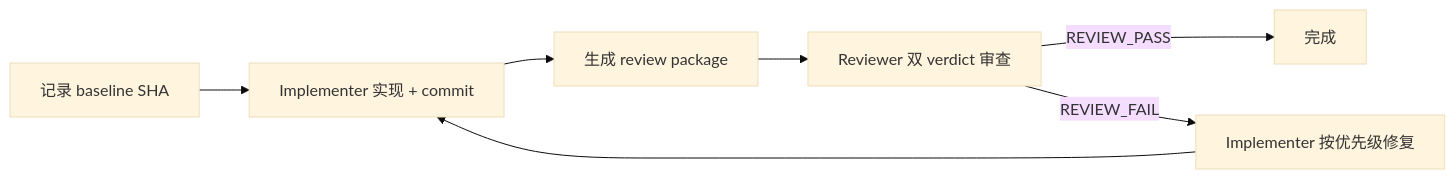
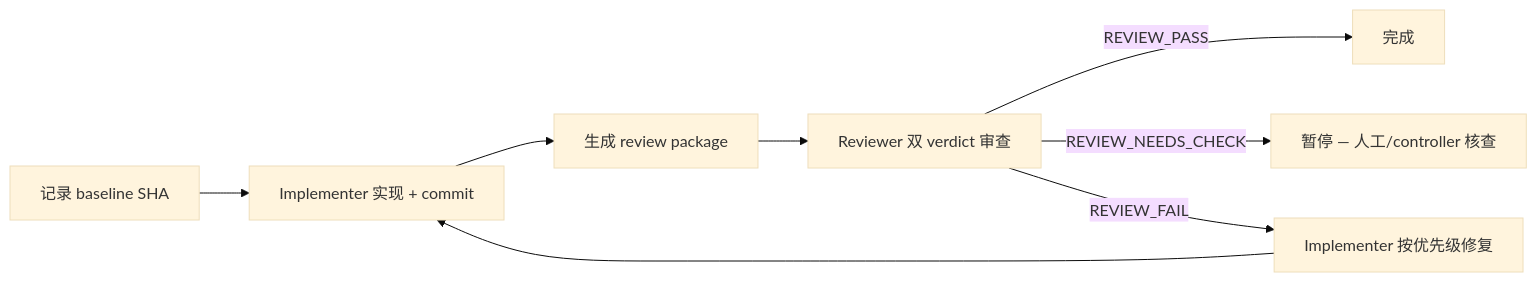
The diagram in README.md (lunoob/mini-orchestrator), drawn with Mermaid (base theme) before and after one commit. The commit also changed other lines of this file and 7 other files, not shown here.

````diff
--- a/README.md
+++ b/README.md
@@ -46,9 +46,10 @@
 ```mermaid
 flowchart LR
     A[记录 baseline SHA] --> B[Implementer 实现 + commit]
     B --> C[生成 review package]
     C --> D[Reviewer 双 verdict 审查]
     D -->|REVIEW_PASS| E[完成]
+    D -->|REVIEW_NEEDS_CHECK| H[暂停 — 人工/controller 核查]
     D -->|REVIEW_FAIL| F[Implementer 按优先级修复]
     F --> B
 ```
````
